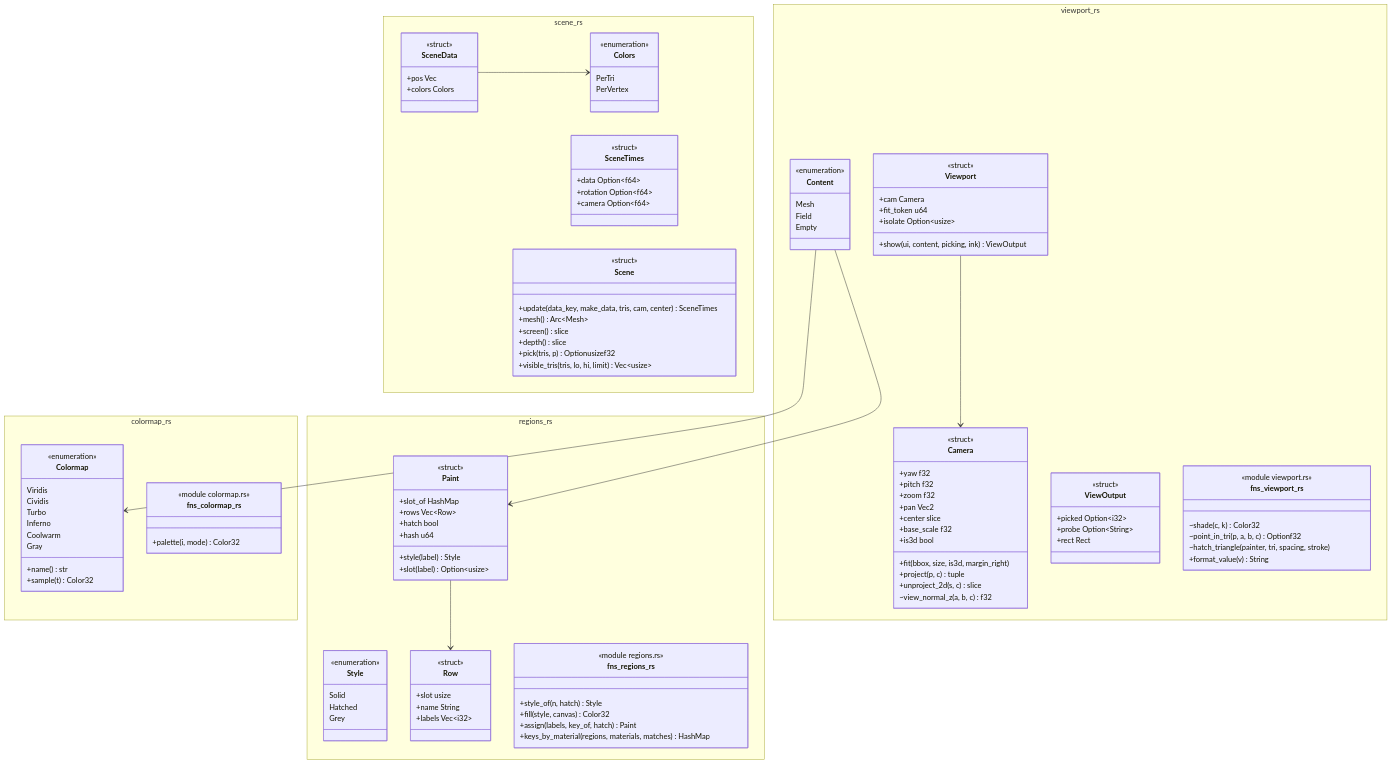
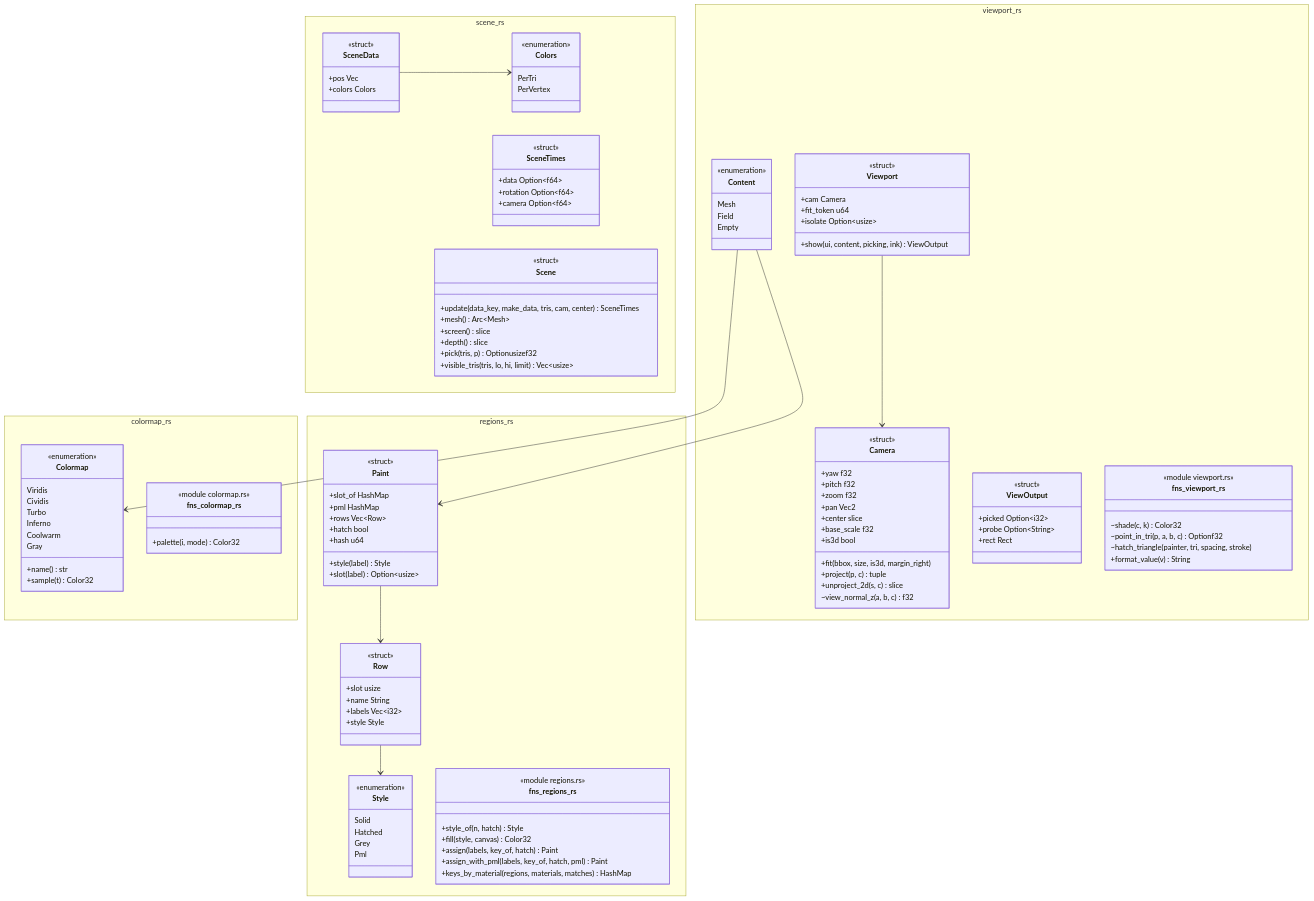
The diagram in docs/architecture/c4/4-code/app/viewport.md (p-j-r/nyx), drawn with Mermaid before and after one commit. The commit also changed other lines of this file and 150 other files, not shown here.

```diff
--- a/docs/architecture/c4/4-code/app/viewport.md
+++ b/docs/architecture/c4/4-code/app/viewport.md
@@ -59,16 +59,19 @@
         Solid
         Hatched
         Grey
+        Pml
     }
     class Row {
         <<struct>>
         +slot usize
         +name String
         +labels Vec~i32~
+        +style Style
     }
     class Paint {
         <<struct>>
         +slot_of HashMap
+        +pml HashMap
         +rows Vec~Row~
         +hatch bool
         +hash u64
@@ -80,6 +83,7 @@
         +style_of(n, hatch) Style
         +fill(style, canvas) Color32
         +assign(labels, key_of, hatch) Paint
+        +assign_with_pml(labels, key_of, hatch, pml) Paint
         +keys_by_material(regions, materials, matches) HashMap
     }
   }
@@ -152,6 +156,7 @@
         +format_value(v) String
     }
   }
+  Row --> Style
   Paint --> Row
   SceneData --> Colors
   Content --> Paint
```
